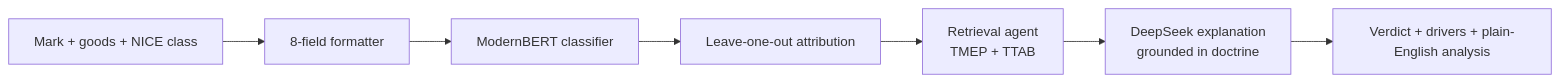
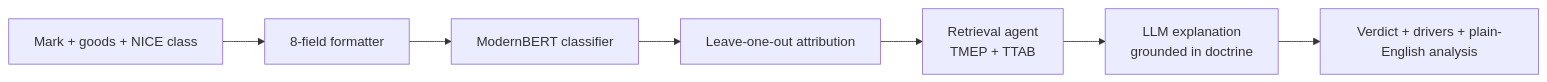
The diagram in docs/ENGINEERING.md (vtnguye0325/mark-checker), drawn with Mermaid before and after one commit. The commit also changed other lines of this file and 15 other files, not shown here.

````diff
--- a/docs/ENGINEERING.md
+++ b/docs/ENGINEERING.md
@@ -48,9 +48,9 @@
 ```mermaid
 flowchart LR
     A[Mark + goods + NICE class] --> B[8-field formatter]
     B --> C[ModernBERT classifier]
     C --> D[Leave-one-out attribution]
     D --> E[Retrieval agent<br/>TMEP + TTAB]
-    E --> F[DeepSeek explanation<br/>grounded in doctrine]
+    E --> F[LLM explanation<br/>grounded in doctrine]
     F --> G[Verdict + drivers + plain-English analysis]
 ```
````
